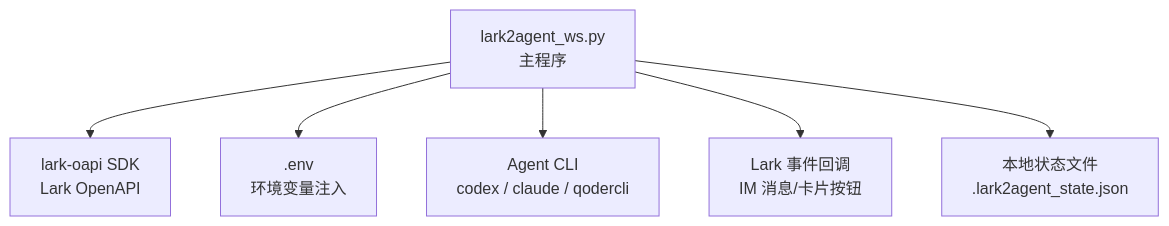
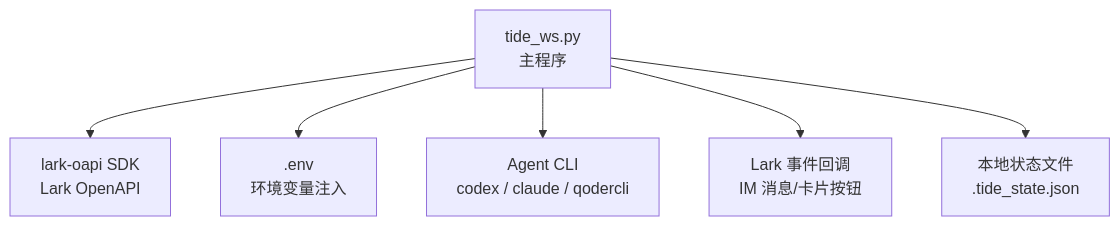
The first of 3 diagrams in .qoder/repowiki/zh/content/部署和运维/部署配置.md (winditer/tide), drawn with Mermaid before and after one commit. The commit also changed other lines of this file and 260 other files, not shown here.

````diff
--- a/.qoder/repowiki/zh/content/部署和运维/部署配置.md
+++ b/.qoder/repowiki/zh/content/部署和运维/部署配置.md
@@ -38,8 +38,8 @@
 ```mermaid
 graph TB
-A["lark2agent_ws.py<br/>主程序"] --> B["lark-oapi SDK<br/>Lark OpenAPI"]
+A["tide_ws.py<br/>主程序"] --> B["lark-oapi SDK<br/>Lark OpenAPI"]
 A --> C[".env<br/>环境变量注入"]
 A --> D["Agent CLI<br/>codex / claude / qodercli"]
 A --> E["Lark 事件回调<br/>IM 消息/卡片按钮"]
-A --> F["本地状态文件<br/>.lark2agent_state.json"]
+A --> F["本地状态文件<br/>.tide_state.json"]
 ```
````
